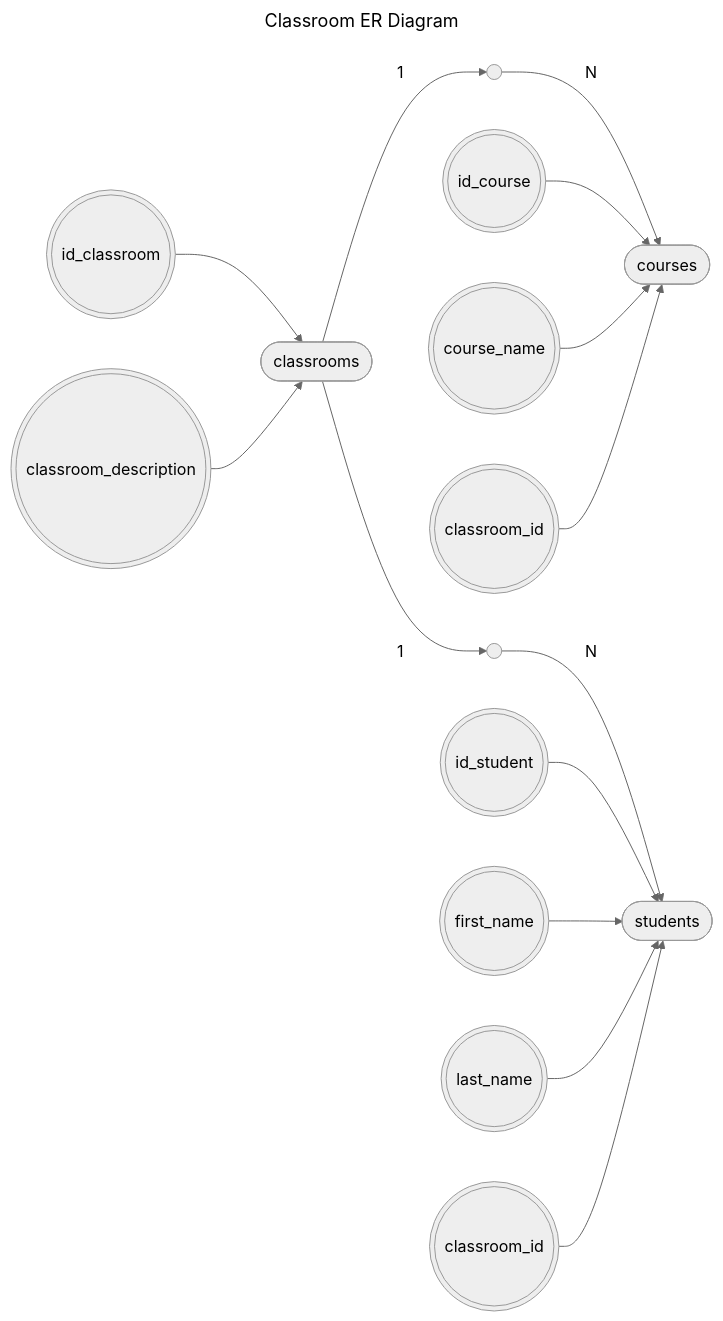
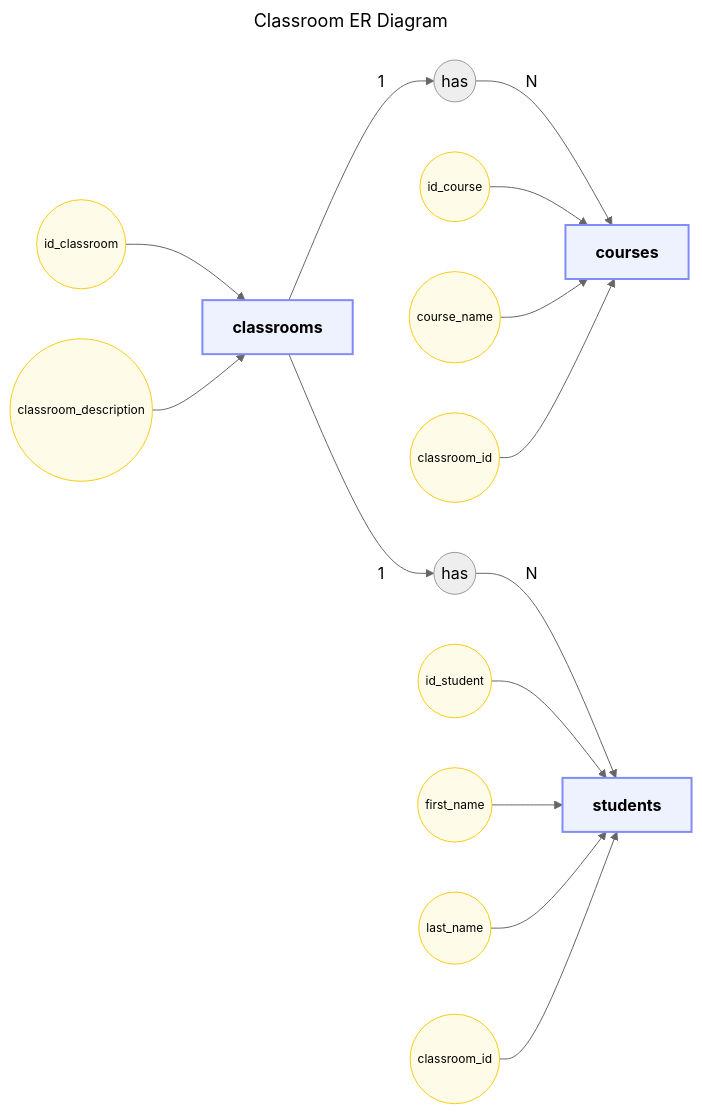
The diagram in README.md (simoneavilarranz/students-classrooms-courses-simoneaa), drawn with Mermaid (neutral theme) before and after one commit.

````diff
--- a/README.md
+++ b/README.md
@@ -12,39 +12,47 @@
 ```mermaid
 ---
 title: Classroom ER Diagram
 layout: elk
 ---
 flowchart LR
-    %% Entities
-    classrooms(["classrooms"])
-    courses(["courses"])
-    students(["students"])
+    %% Entities (square shapes, bigger font)
+    classrooms["classrooms"]
+    courses["courses"]
+    students["students"]
 
-    %% Attributes
-    id_classroom(((id_classroom)))
-    classroom_description(((classroom_description)))
-    id_course(((id_course)))
-    course_name(((course_name)))
-    classroom_id_c(((classroom_id)))
-    id_student(((id_student)))
-    first_name(((first_name)))
-    last_name(((last_name)))
-    classroom_id_s(((classroom_id)))
+    %% Attributes (small ovals)
+    id_classroom(("id_classroom"))
+    classroom_description(("classroom_description"))
+    id_course(("id_course"))
+    course_name(("course_name"))
+    classroom_id_c(("classroom_id"))
+    id_student(("id_student"))
+    first_name(("first_name"))
+    last_name(("last_name"))
+    classroom_id_s(("classroom_id"))
 
-    %% Relationships
-    classrooms -- "1" --> R1(( ))
+    %% Relationships (connections)
+    classrooms -- "1" --> R1((has))
     R1 -- "N" --> courses
-    classrooms -- "1" --> R2(( ))
+    classrooms -- "1" --> R2((has))
     R2 -- "N" --> students
 
     %% Attribute connections
     id_classroom --> classrooms
     classroom_description --> classrooms
     id_course --> courses
     course_name --> courses
     classroom_id_c --> courses
     id_student --> students
     first_name --> students
     last_name --> students
     classroom_id_s --> students
+
+    %% Class styling
+    classDef entity fill:#eef2ff,stroke:#818cf8,stroke-width:2px,font-size:16px,font-weight:bold;
+    classDef attribute fill:#fefce8,stroke:#facc15,stroke-width:1px,font-size:12px;
+
+    %% Apply classes
+    class classrooms,courses,students entity;
+    class id_classroom,classroom_description,id_course,course_name,classroom_id_c,id_student,first_name,last_name,classroom_id_s attribute;
 ```
````
